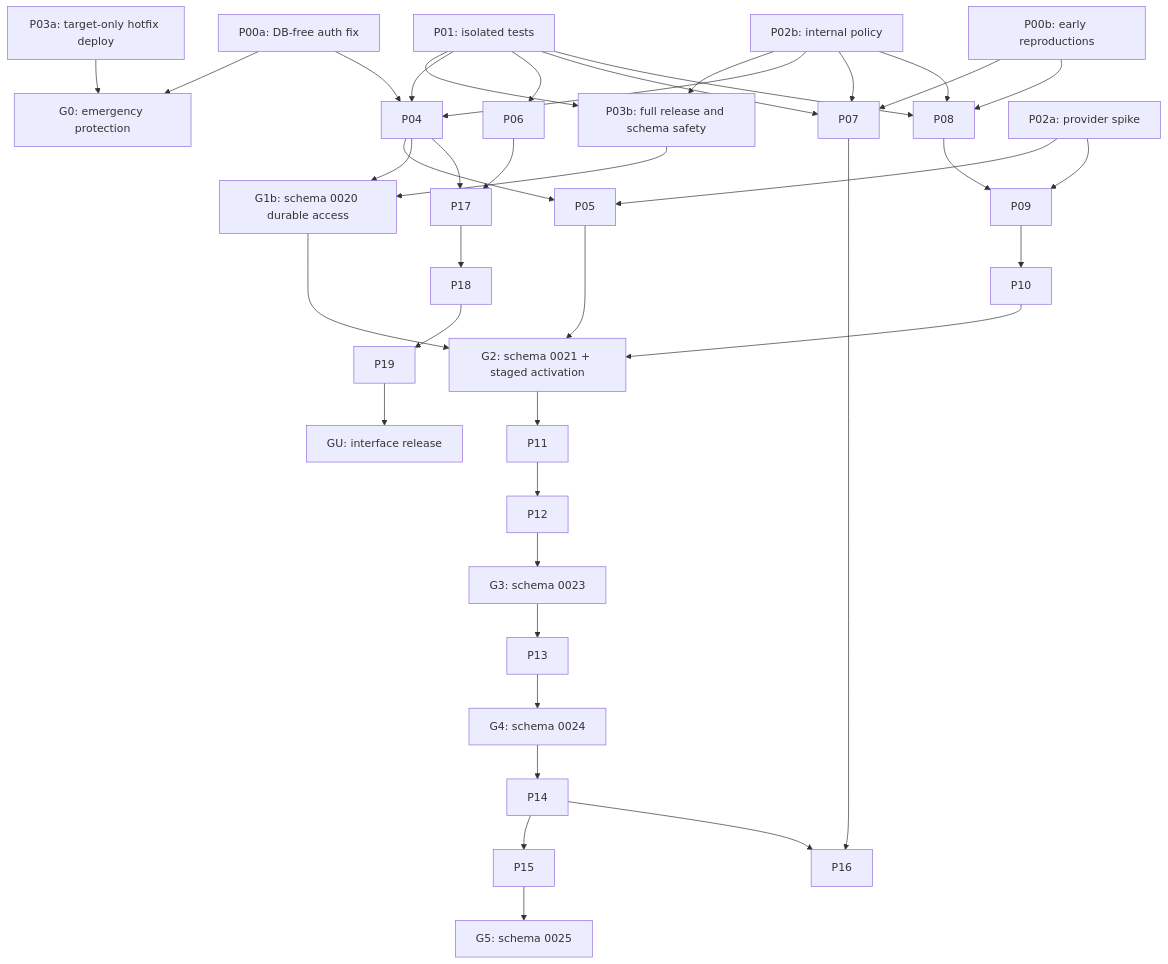
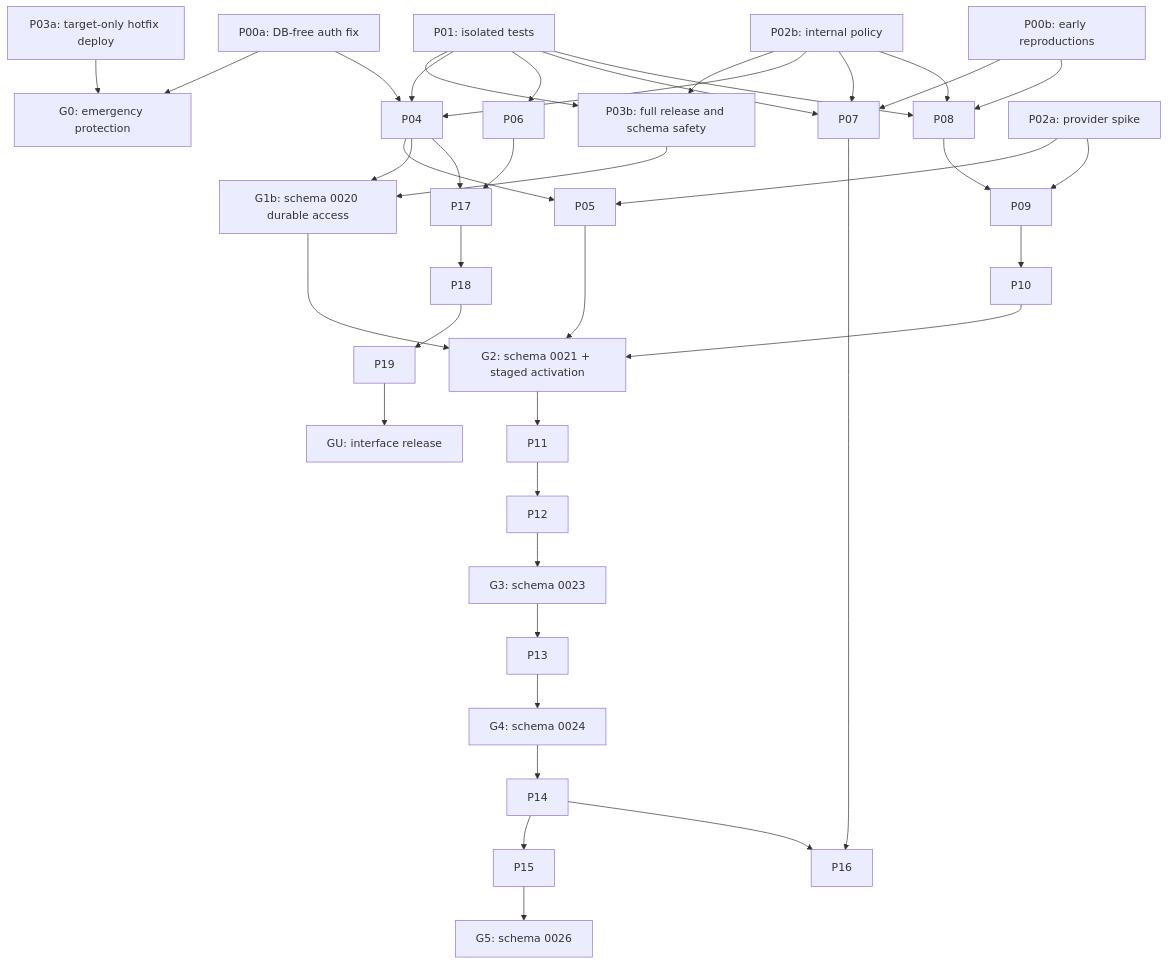
The diagram in claude-docs/2026-09-08-APPLICATION_GAP_REMEDIATION_PLAN.md (Shivani862000/AI-Call-Agent), drawn with Mermaid before and after one commit. The commit also changed other lines of this file and 15 other files, not shown here.

````diff
--- a/claude-docs/2026-09-08-APPLICATION_GAP_REMEDIATION_PLAN.md
+++ b/claude-docs/2026-09-08-APPLICATION_GAP_REMEDIATION_PLAN.md
@@ -153,35 +153,35 @@
 ```mermaid
 flowchart TD
   P00a["P00a: DB-free auth fix"] --> G0["G0: emergency protection"]
   P03a["P03a: target-only hotfix deploy"] --> G0
   P00b["P00b: early reproductions"] --> P07
   P00b --> P08
   P01["P01: isolated tests"] --> P03b["P03b: full release and schema safety"]
   P02b["P02b: internal policy"] --> P03b
   P00a --> P04
   P01 --> P04
   P02b --> P04
   P01 --> P06
   P01 --> P07
   P02b --> P07
   P01 --> P08
   P02b --> P08
   P02a["P02a: provider spike"] --> P05
   P04 --> P05
   P08 --> P09
   P02a --> P09
   P09 --> P10
   P03b --> G1b["G1b: schema 0020 durable access"]
   P04 --> G1b
   G1b --> G2["G2: schema 0021 + staged activation"]
   P05 --> G2
   P10 --> G2
   G2 --> P11 --> P12 --> G3["G3: schema 0023"]
   G3 --> P13 --> G4["G4: schema 0024"]
-  G4 --> P14 --> P15 --> G5["G5: schema 0025"]
+  G4 --> P14 --> P15 --> G5["G5: schema 0026"]
   P14 --> P16
   P07 --> P16
   P04 --> P17
   P06 --> P17
   P17 --> P18 --> P19 --> GU["GU: interface release"]
 ```
````
